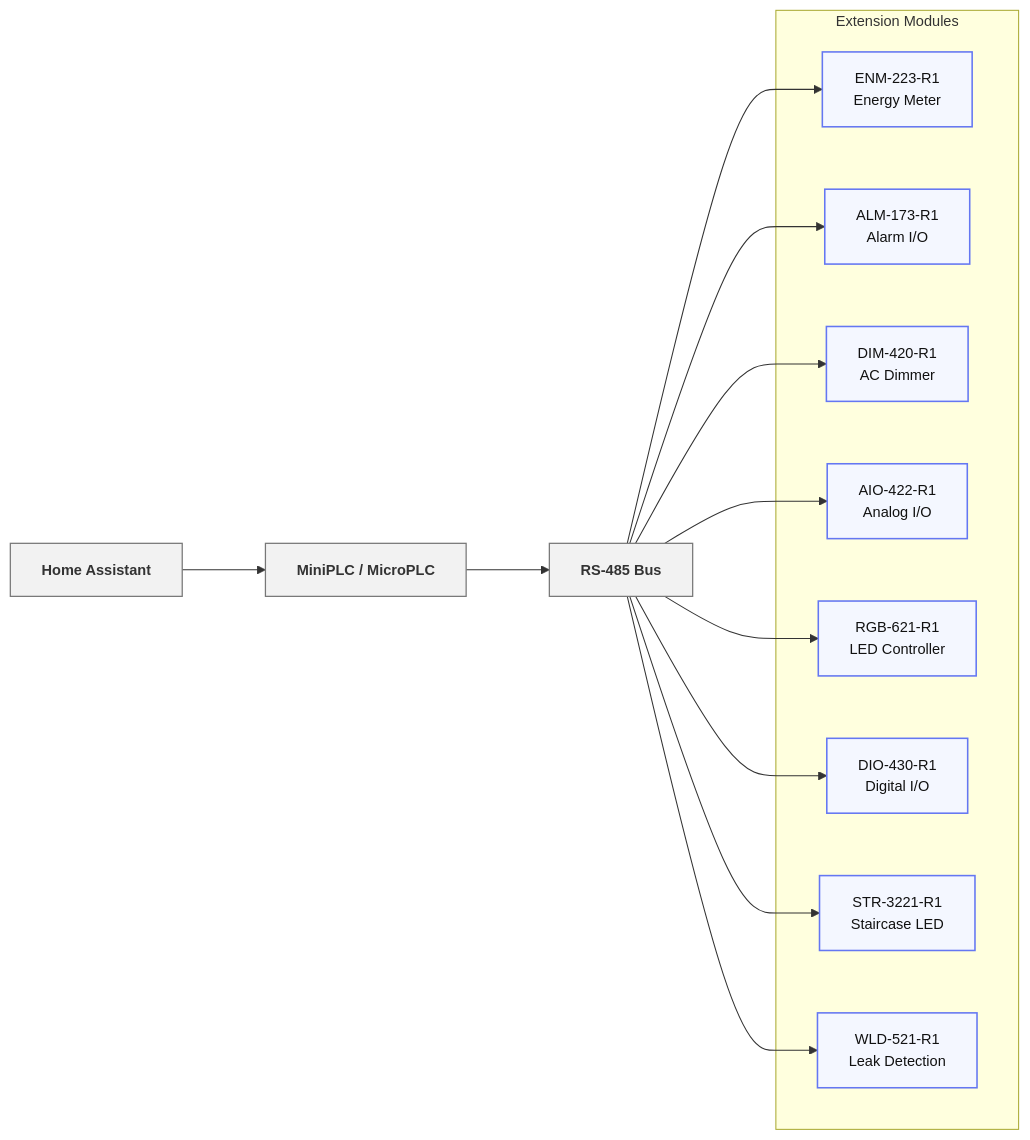
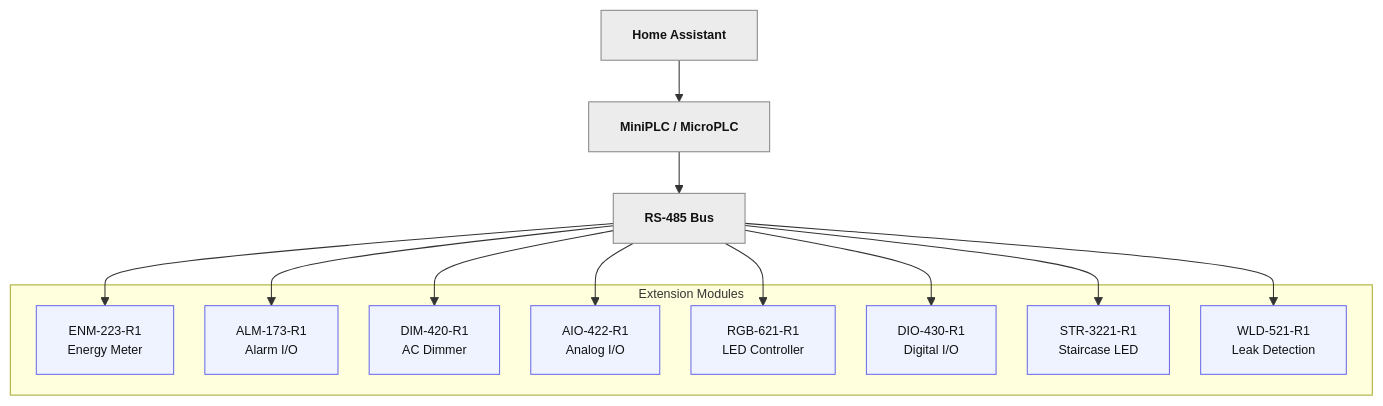
Before and after one commit to isystemsautomation/HOMEMASTER: the diagram in README.md, drawn with Mermaid.

````diff
--- a/README.md
+++ b/README.md
@@ -27,33 +27,34 @@
 ```mermaid
 %%{init: {
-  "flowchart": { "nodeSpacing": 60, "rankSpacing": 80, "htmlLabels": true, "useMaxWidth": true },
-  "themeVariables": { "fontSize": "14px", "padding": 12, "nodeBorderRadius": 8 }
+  "flowchart": { "nodeSpacing": 30, "rankSpacing": 40, "htmlLabels": true },
+  "themeVariables": { "fontSize": "12px", "padding": 6, "nodeBorderRadius": 4 }
 }}%%
 
-flowchart LR
-  classDef module fill:#F4F7FF,stroke:#6477F2,stroke-width:1.5px,color:#111,font-size:14px;
-  classDef hub fill:#F2F2F2,stroke:#777,stroke-width:1.2px,font-weight:bold;
+flowchart TD
+  classDef module fill:#EEF3FF,stroke:#6B6BE8,stroke-width:1px,color:#111,font-size:12px;
+  classDef hub fill:#ECECEC,stroke:#888,stroke-width:1px,color:#111,font-weight:bold;
 
   HA[Home Assistant]:::hub --> PLC[MiniPLC / MicroPLC]:::hub
   PLC --> RS485[RS-485 Bus]:::hub
 
   subgraph Extension Modules
     ENM[ENM-223-R1<br/>Energy Meter]:::module
     ALM[ALM-173-R1<br/>Alarm I/O]:::module
     DIM[DIM-420-R1<br/>AC Dimmer]:::module
     AIO[AIO-422-R1<br/>Analog I/O]:::module
     RGB[RGB-621-R1<br/>LED Controller]:::module
     DIO[DIO-430-R1<br/>Digital I/O]:::module
     STR[STR-3221-R1<br/>Staircase LED]:::module
     WLD[WLD-521-R1<br/>Leak Detection]:::module
   end
 
   RS485 --> ENM
   RS485 --> ALM
   RS485 --> DIM
   RS485 --> AIO
   RS485 --> RGB
   RS485 --> DIO
   RS485 --> STR
   RS485 --> WLD
+
 ```
````
